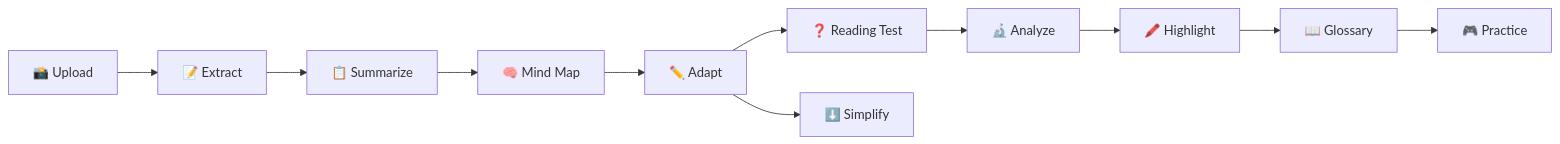
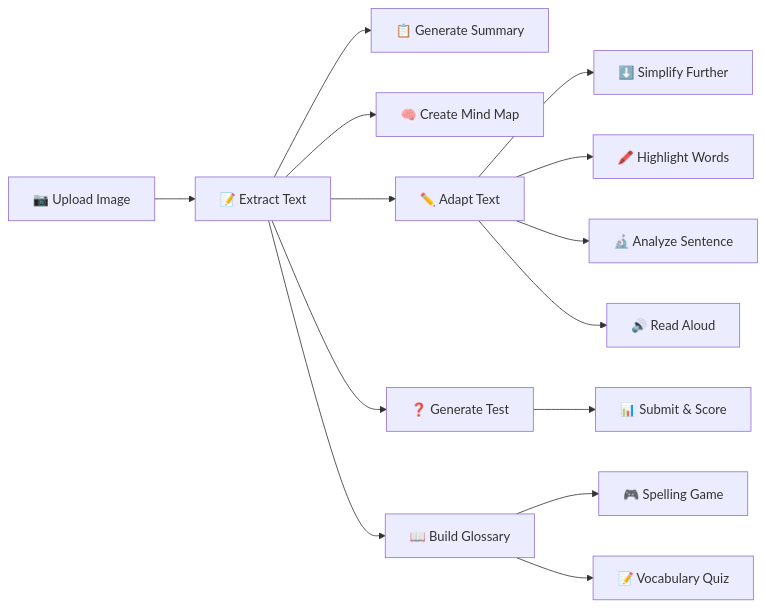
One commit to bentwnghk/reading-assistant changed the diagram in README.md. Above: the diagram before and after it, drawn with Mermaid. The commit also changed other lines of this file, not shown here.

````diff
--- a/README.md
+++ b/README.md
@@ -103,14 +103,17 @@
 ```mermaid
 flowchart LR
-    A[📸 Upload] --> B[📝 Extract]
-    B --> C[📋 Summarize]
-    C --> D[🧠 Mind Map]
-    D --> E[✏️ Adapt]
-    E --> F[❓ Reading Test]
-    F --> G[🔬 Analyze]
-    G --> H[🖍️ Highlight]
-    H --> I[📖 Glossary]
-    I --> J[🎮 Practice]
+    A[📷 Upload Image] --> B[📝 Extract Text]
+    B --> C[📋 Generate Summary]
+    B --> D[🧠 Create Mind Map]
+    B --> E[✏️ Adapt Text]
+    B --> F[❓ Generate Test]
+    B --> G[📖 Build Glossary]
     
-    E --> E2[⬇️ Simplify]
+    E --> E2[⬇️ Simplify Further]
+    E --> E3[🖍️ Highlight Words]
+    E --> E4[🔬 Analyze Sentence]
+    E --> E5[🔊 Read Aloud]
+    F --> F2[📊 Submit & Score]
+    G --> G2[🎮 Spelling Game]
+    G --> G3[📝 Vocabulary Quiz]
 ```
````
